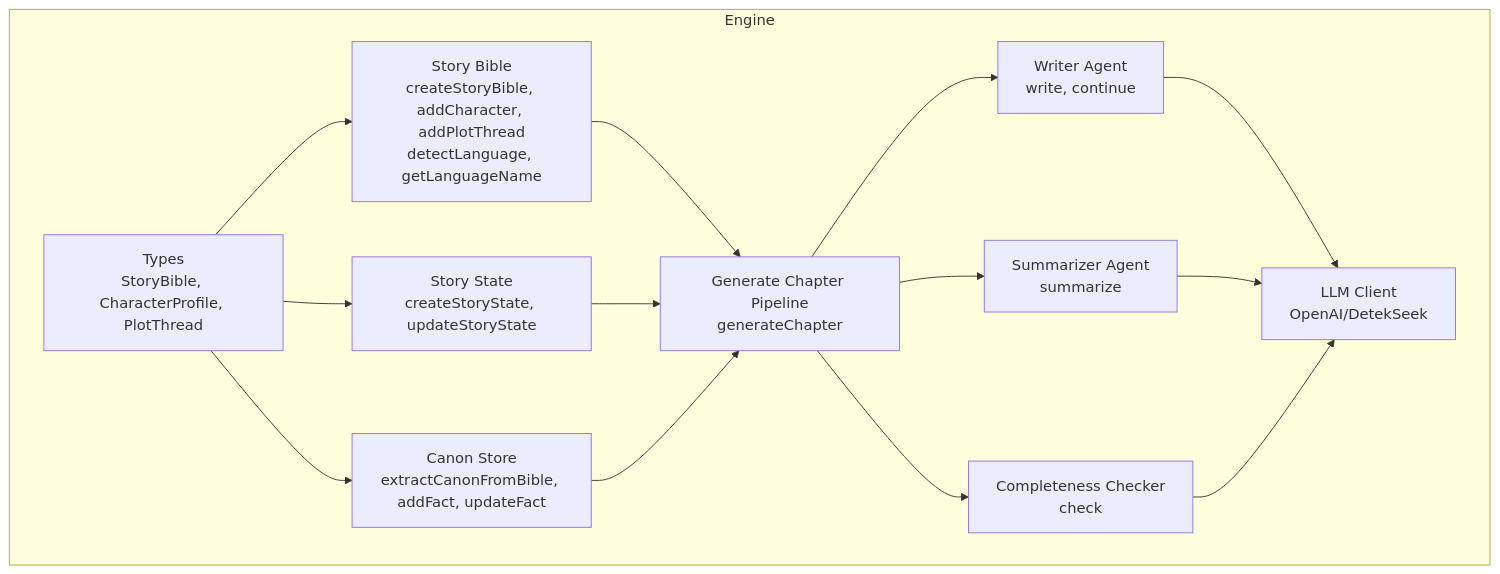
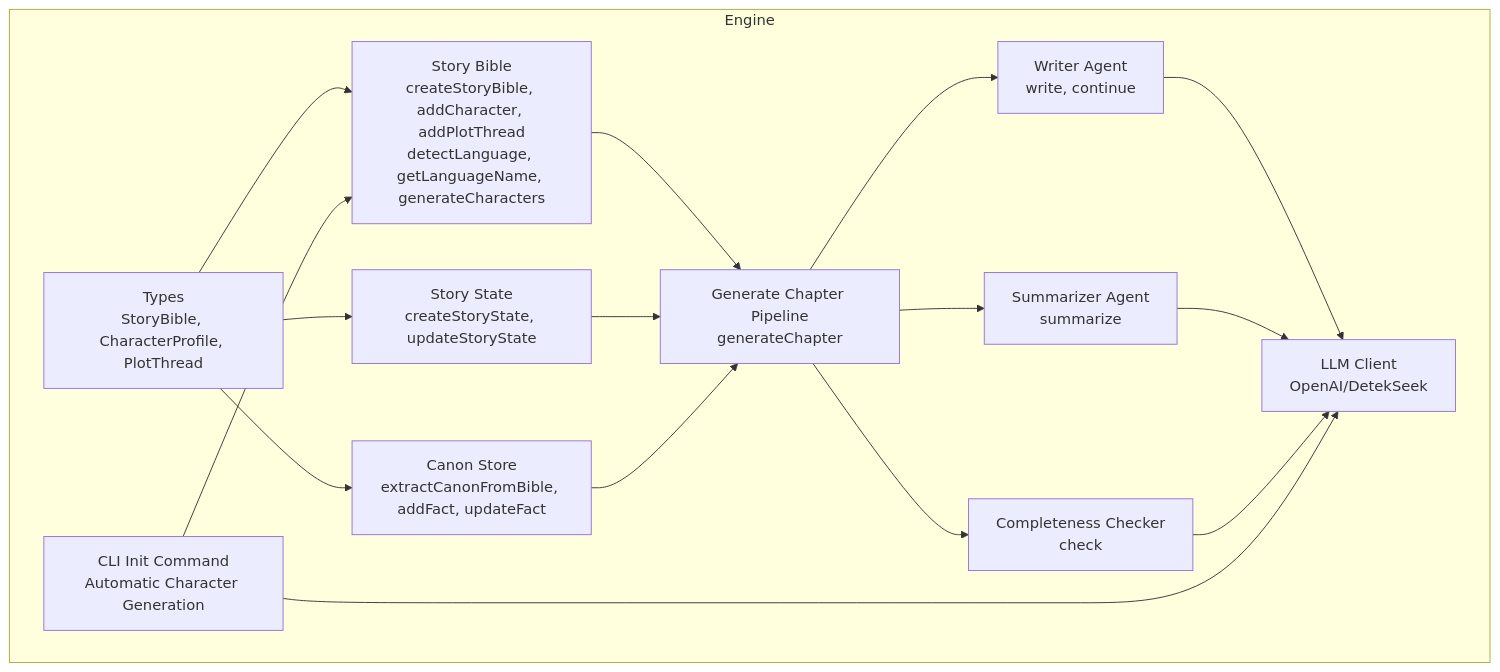
One commit to liwonder/NARRITIVE_OS changed the first of 15 diagrams in .qoder/repowiki/en/content/Story Management System/Story Bible Management.md. Above: the diagram before and after it, drawn with Mermaid. The commit also changed other lines of this file and 5 other files, not shown here.

````diff
--- a/.qoder/repowiki/en/content/Story Management System/Story Bible Management.md
+++ b/.qoder/repowiki/en/content/Story Management System/Story Bible Management.md
@@ -45,26 +48,29 @@
 ```mermaid
 graph TB
 subgraph "Engine"
 Types["Types<br/>StoryBible, CharacterProfile, PlotThread"]
-StoryBible["Story Bible<br/>createStoryBible, addCharacter, addPlotThread<br/>detectLanguage, getLanguageName"]
+StoryBible["Story Bible<br/>createStoryBible, addCharacter, addPlotThread<br/>detectLanguage, getLanguageName, generateCharacters"]
 StoryState["Story State<br/>createStoryState, updateStoryState"]
 Canon["Canon Store<br/>extractCanonFromBible, addFact, updateFact"]
 Writer["Writer Agent<br/>write, continue"]
 Summarizer["Summarizer Agent<br/>summarize"]
 Completeness["Completeness Checker<br/>check"]
 LLM["LLM Client<br/>OpenAI/DetekSeek"]
 Gen["Generate Chapter Pipeline<br/>generateChapter"]
+CLI["CLI Init Command<br/>Automatic Character Generation"]
 end
 Types --> StoryBible
 Types --> StoryState
 Types --> Canon
 StoryBible --> Gen
 StoryState --> Gen
 Canon --> Gen
 Gen --> Writer
 Gen --> Summarizer
 Gen --> Completeness
 Writer --> LLM
 Summarizer --> LLM
 Completeness --> LLM
+CLI --> StoryBible
+CLI --> LLM
 ```
````
